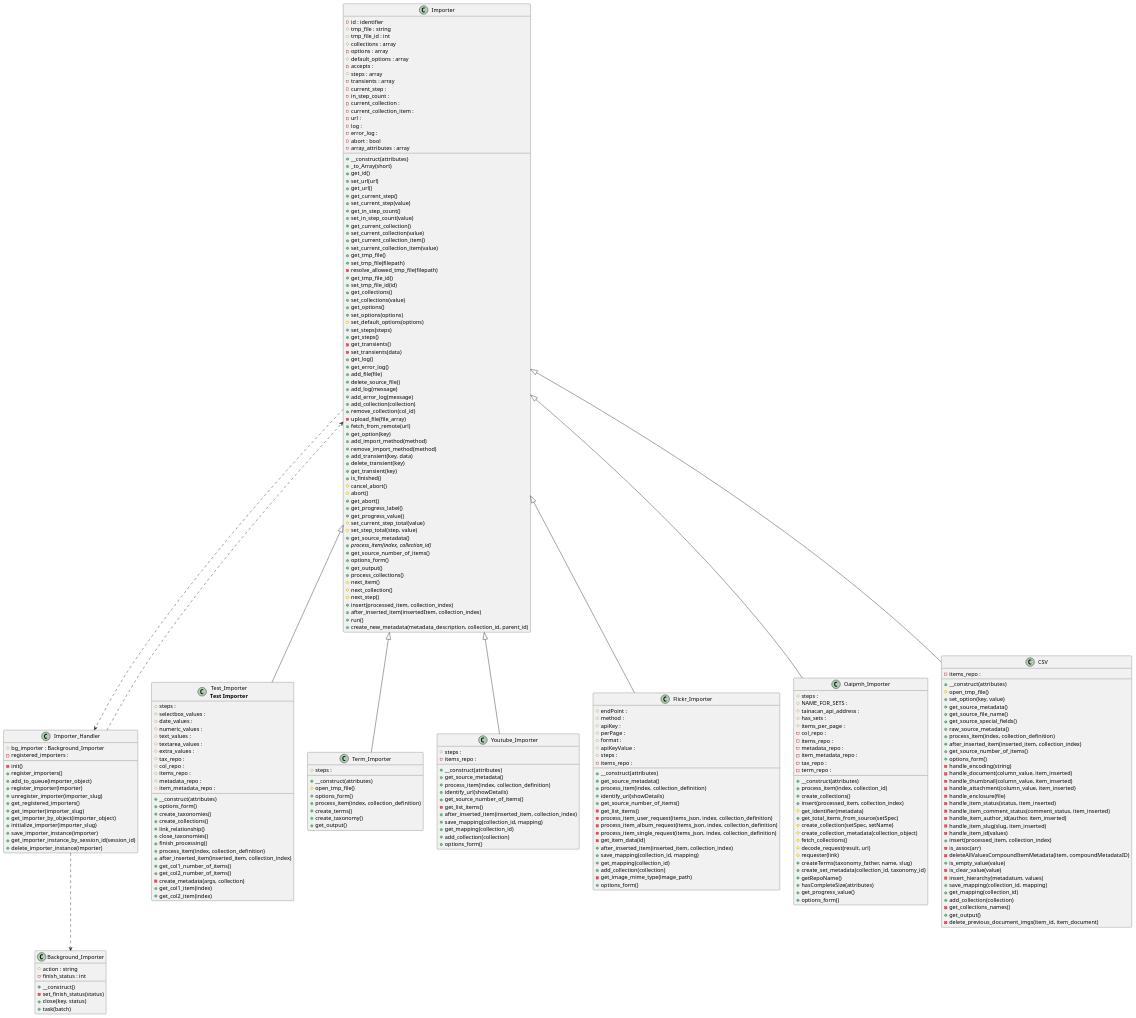
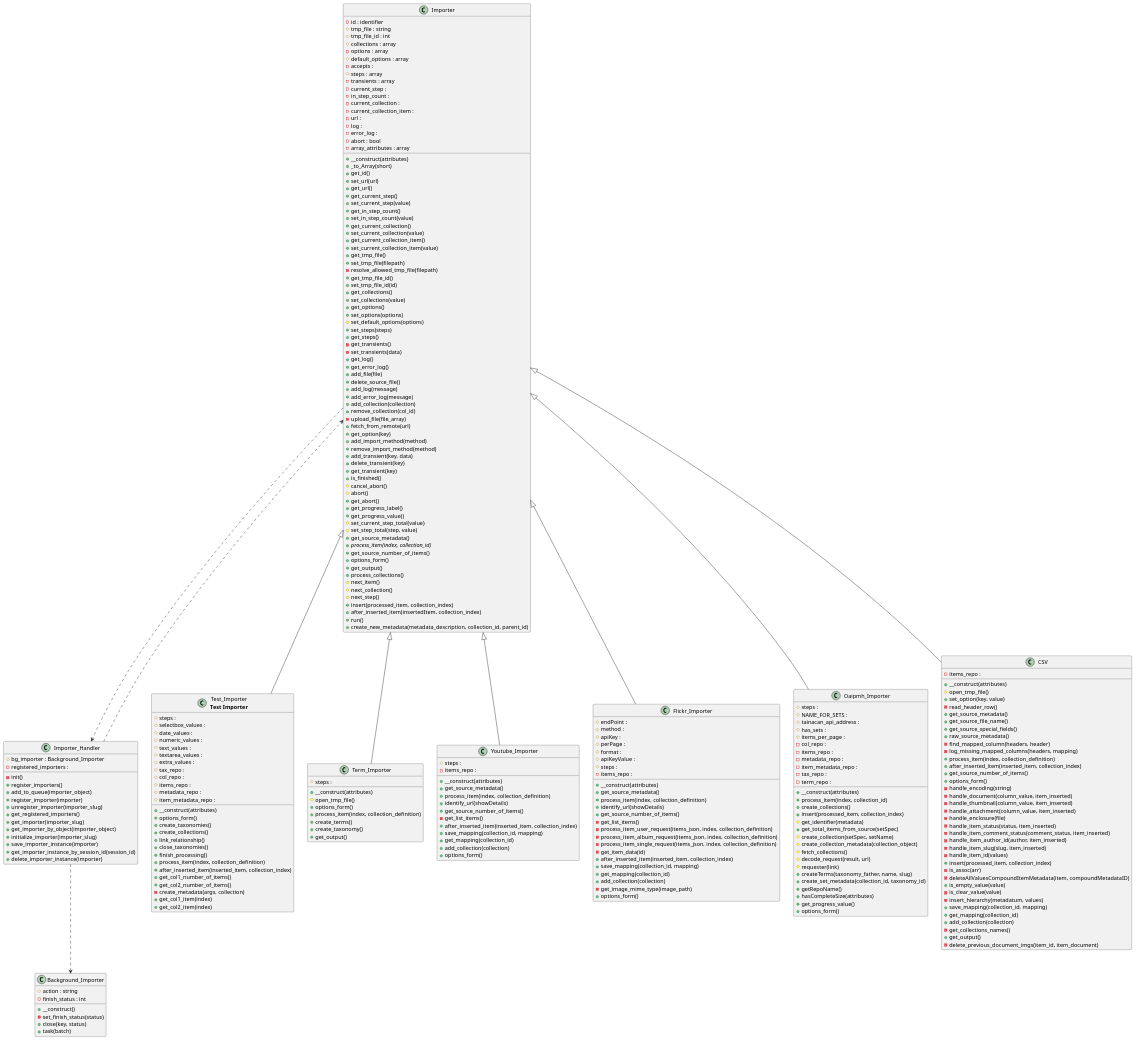
The diagram in docs/diagrams/tainacan-namespace-Tainacan-Importer.puml (tainacan/tainacan), drawn with PlantUML before and after one commit. The commit also changed 5 other files, not shown here.

```diff
--- a/docs/diagrams/tainacan-namespace-Tainacan-Importer.puml
+++ b/docs/diagrams/tainacan-namespace-Tainacan-Importer.puml
@@ -137,10 +137,13 @@
     +__construct(attributes)
     #open_tmp_file()
     +set_option(key, value)
+    -read_header_row()
     +get_source_metadata()
     +get_source_file_name()
     +get_source_special_fields()
     +raw_source_metadata()
+    -find_mapped_column(headers, header)
+    -log_missing_mapped_columns(headers, mapping)
     +process_item(index, collection_definition)
     +after_inserted_item(inserted_item, collection_index)
     +get_source_number_of_items()
```
